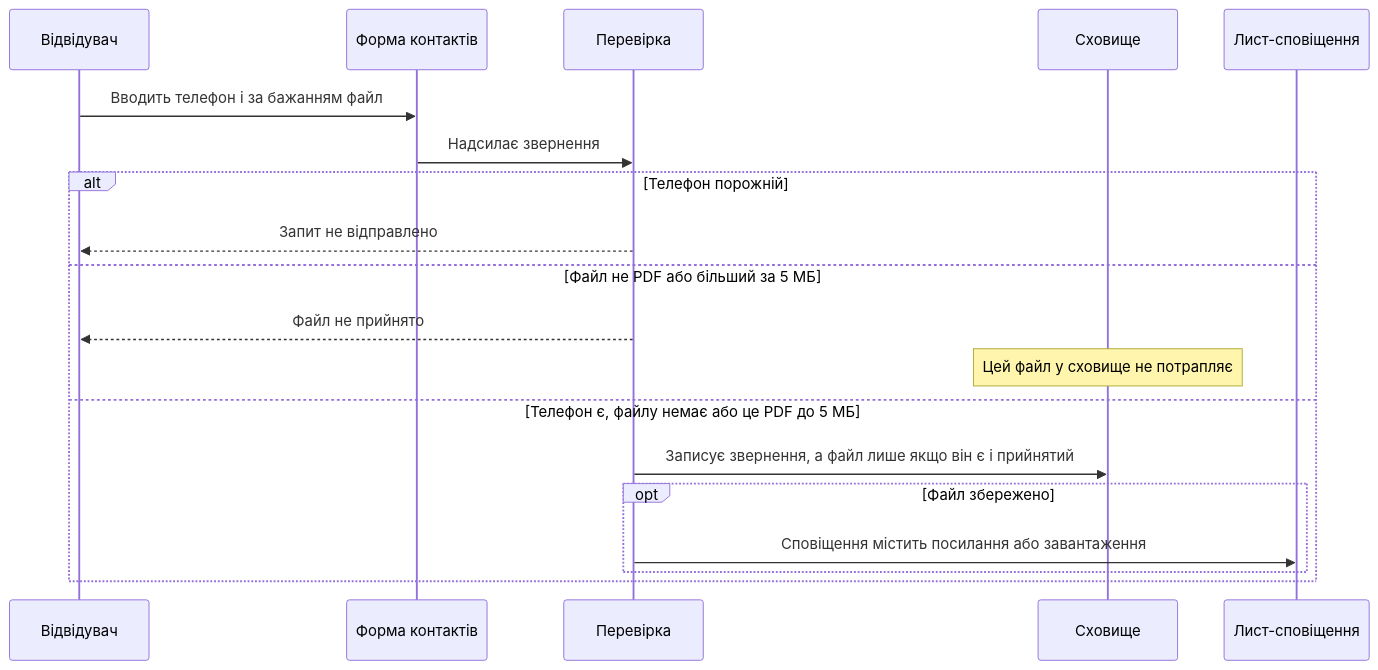
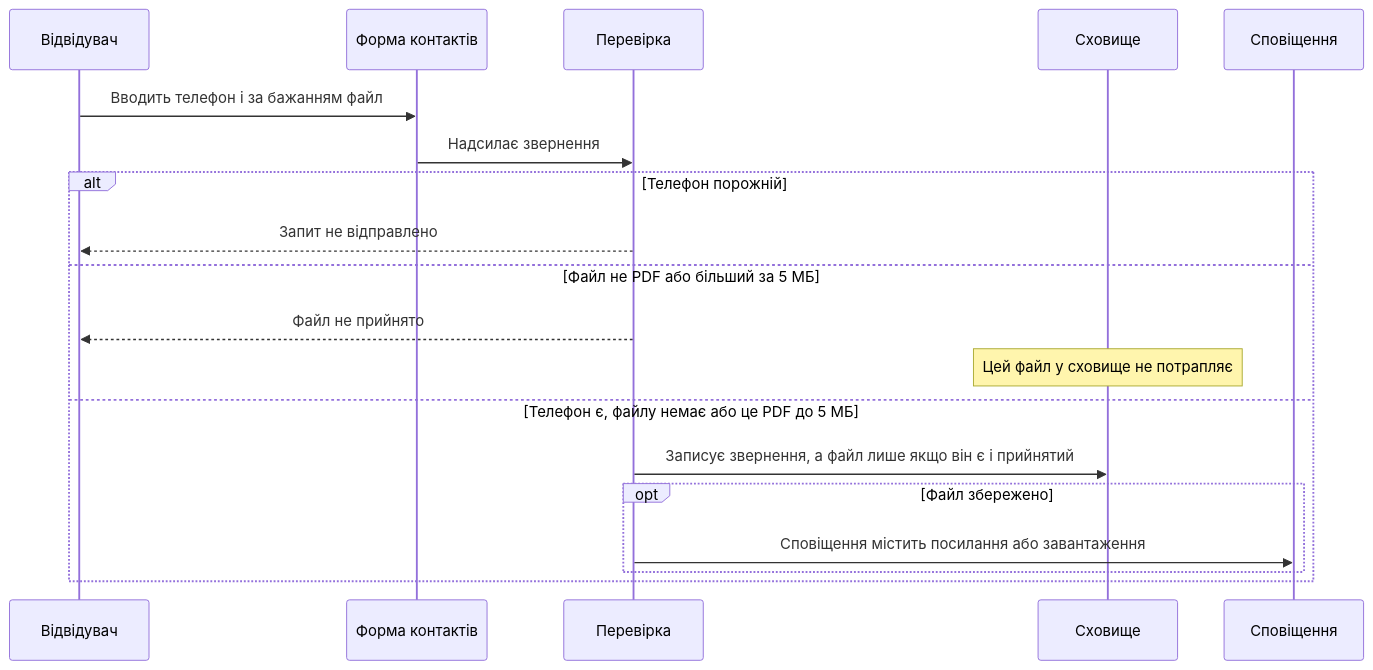
Before and after one commit to moskvaolena04-jpg/sdd-workshop-olena: the diagram in docs/contact-form-feature.md, drawn with Mermaid. The commit also changed other lines of this file, not shown here.

````diff
--- a/docs/contact-form-feature.md
+++ b/docs/contact-form-feature.md
@@ -43,22 +43,22 @@
 ```mermaid
 sequenceDiagram
   participant Visitor as Відвідувач
   participant Form as Форма контактів
   participant Check as Перевірка
   participant Store as Сховище
-  participant Mail as Лист-сповіщення
+  participant Mail as Сповіщення
 
   Visitor->>Form: Вводить телефон і за бажанням файл
   Form->>Check: Надсилає звернення
   alt Телефон порожній
     Check-->>Visitor: Запит не відправлено
   else Файл не PDF або більший за 5 МБ
     Check-->>Visitor: Файл не прийнято
     Note over Store: Цей файл у сховище не потрапляє
   else Телефон є, файлу немає або це PDF до 5 МБ
     Check->>Store: Записує звернення, а файл лише якщо він є і прийнятий
     opt Файл збережено
       Check->>Mail: Сповіщення містить посилання або завантаження
     end
   end
 ```
````
